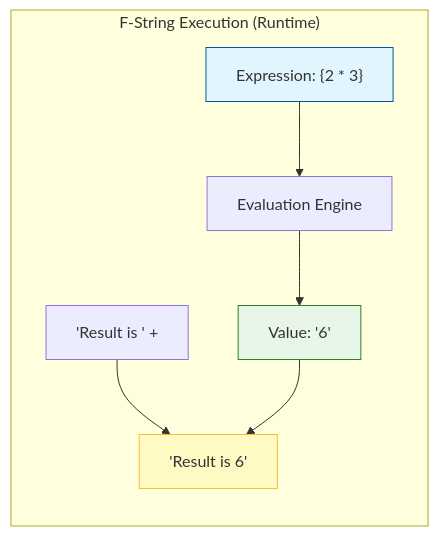
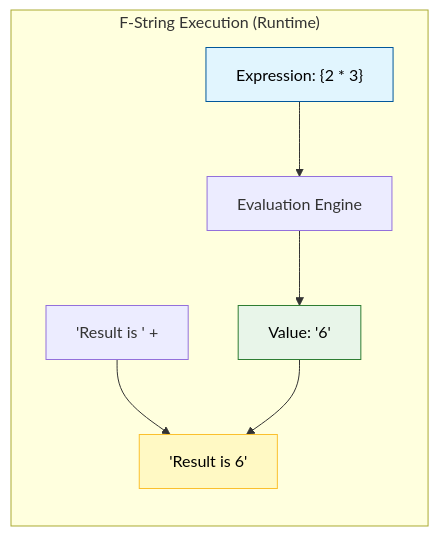
Before and after one commit to AyushSingh360/my-python-notebook: the first of 2 diagrams in 03_Strings/README.md, drawn with Mermaid. The commit also changed other lines of this file and 2 other files, not shown here.

Commit message:
feat: Add detailed READMEs for data types and operators, strings, and lists chapters.

````diff
--- a/03_Strings/README.md
+++ b/03_Strings/README.md
@@ -31,12 +31,12 @@
 ```mermaid
 graph LR
     subgraph "F-String Execution (Runtime)"
     Expr["Expression: {2 * 3}"] --> Eval["Evaluation Engine"]
     Eval --> Result["Value: '6'"]
     Template["'Result is ' + "] --> Final["'Result is 6'"]
     Result --> Final
     end
-    style Expr fill:#e1f5fe,stroke:#01579b
-    style Result fill:#e8f5e9,stroke:#2e7d32
-    style Final fill:#fff9c4,stroke:#fbc02d
+    style Expr fill:#e1f5fe,stroke:#01579b,color:#000
+    style Result fill:#e8f5e9,stroke:#2e7d32,color:#000
+    style Final fill:#fff9c4,stroke:#fbc02d,color:#000
 ```
````
